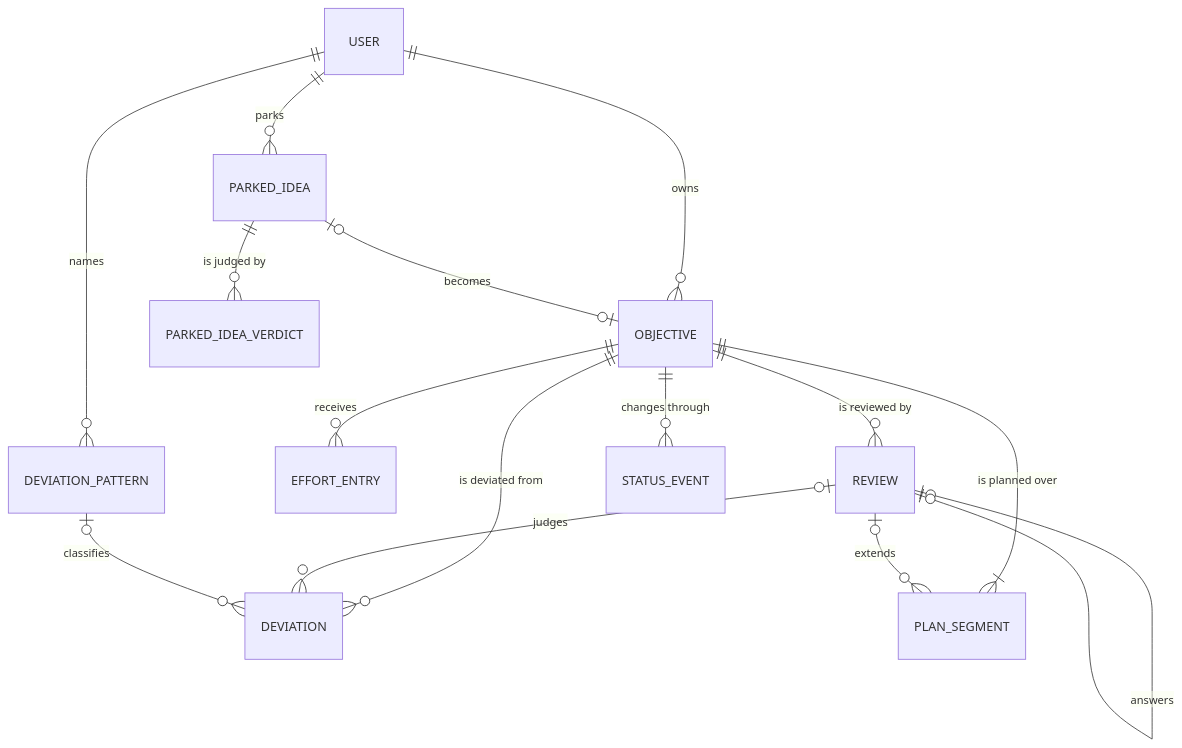
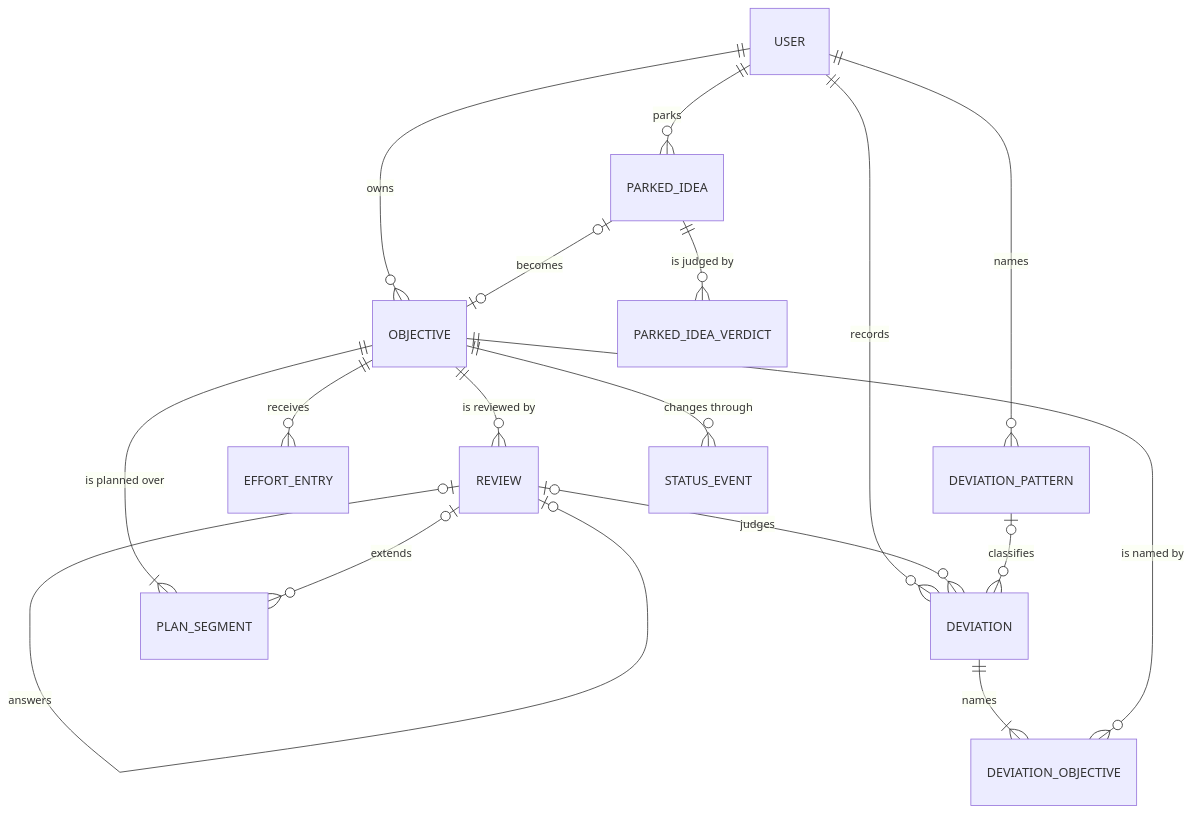
One commit to rohit12242/keel changed the first of 2 diagrams in docs/erd.md. Above: the diagram before and after it, drawn with Mermaid. The commit also changed other lines of this file and 3 other files, not shown here.

First line of the commit message:
docs: a deviation names the objectives it pulled you off — one or several

````diff
--- a/docs/erd.md
+++ b/docs/erd.md
@@ -65,17 +67,19 @@
 ```mermaid
 erDiagram
     USER ||--o{ OBJECTIVE : owns
-    OBJECTIVE ||--o{ DEVIATION : "is deviated from"
+    USER ||--o{ DEVIATION : records
+    DEVIATION ||--|{ DEVIATION_OBJECTIVE : names
+    OBJECTIVE ||--o{ DEVIATION_OBJECTIVE : "is named by"
     USER ||--o{ PARKED_IDEA : parks
     USER ||--o{ DEVIATION_PATTERN : names
     OBJECTIVE ||--|{ PLAN_SEGMENT : "is planned over"
     OBJECTIVE ||--o{ EFFORT_ENTRY : receives
     OBJECTIVE ||--o{ REVIEW : "is reviewed by"
     OBJECTIVE ||--o{ STATUS_EVENT : "changes through"
     REVIEW |o--o{ PLAN_SEGMENT : extends
     REVIEW |o--o{ DEVIATION : judges
     REVIEW |o--o| REVIEW : answers
     DEVIATION_PATTERN |o--o{ DEVIATION : classifies
     PARKED_IDEA ||--o{ PARKED_IDEA_VERDICT : "is judged by"
     PARKED_IDEA |o--o| OBJECTIVE : becomes
 ```
````
